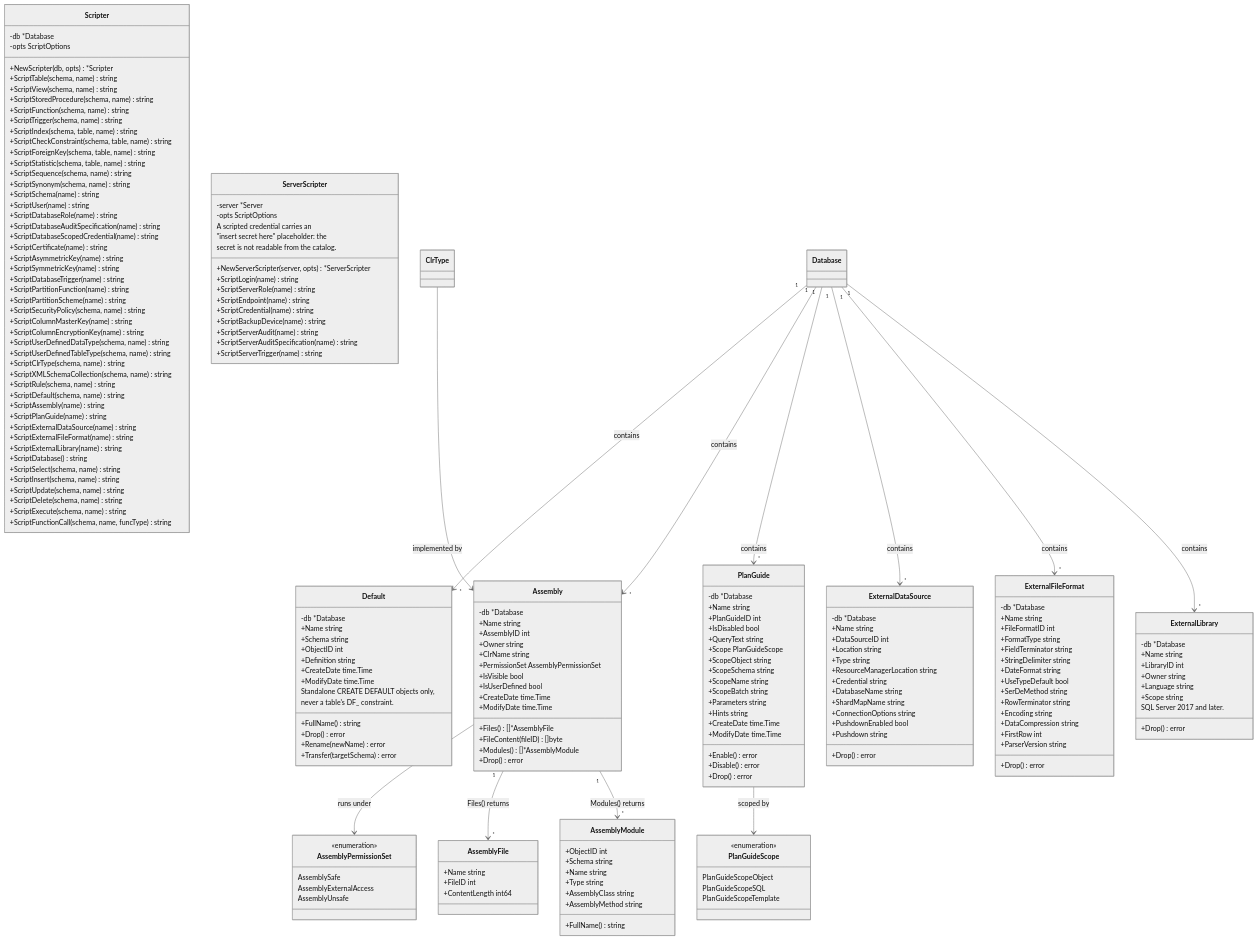
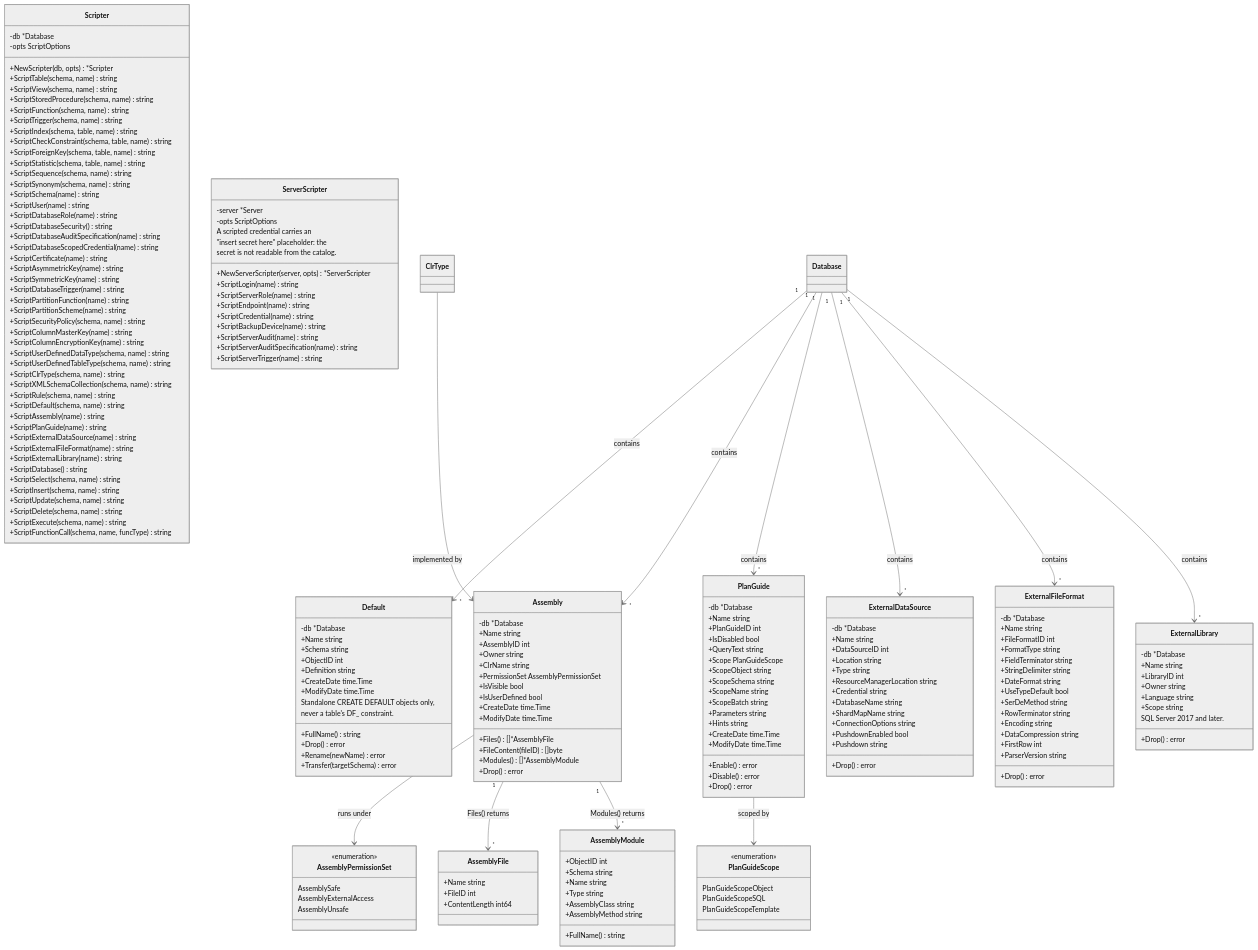
Before and after one commit to radix29/gosmo: the diagram in diagram/12-programmability-and-external.mmd, drawn with Mermaid (neutral theme). The commit also changed 17 other files, not shown here.

First line of the commit message:
Add support for scripting and restoring database security

```diff
--- a/diagram/12-programmability-and-external.mmd
+++ b/diagram/12-programmability-and-external.mmd
@@ -160,6 +160,7 @@
         +ScriptSchema(name) string
         +ScriptUser(name) string
         +ScriptDatabaseRole(name) string
+        +ScriptDatabaseSecurity() string
         +ScriptDatabaseAuditSpecification(name) string
         +ScriptDatabaseScopedCredential(name) string
         +ScriptCertificate(name) string
```
